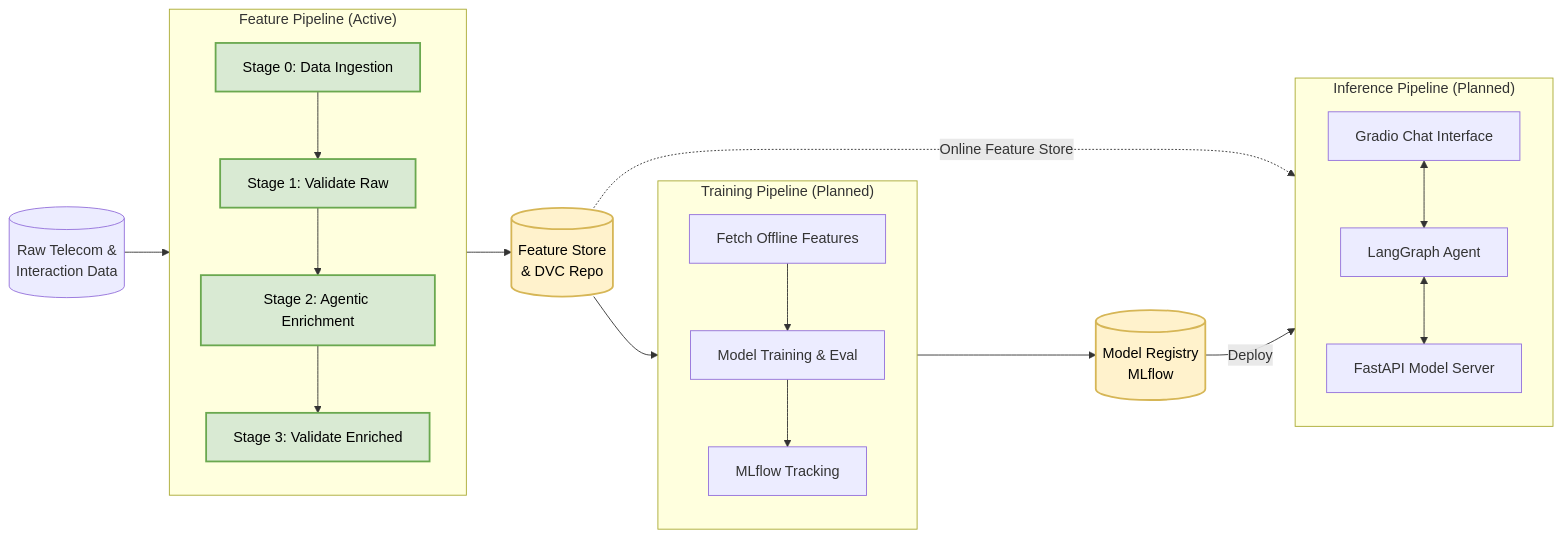
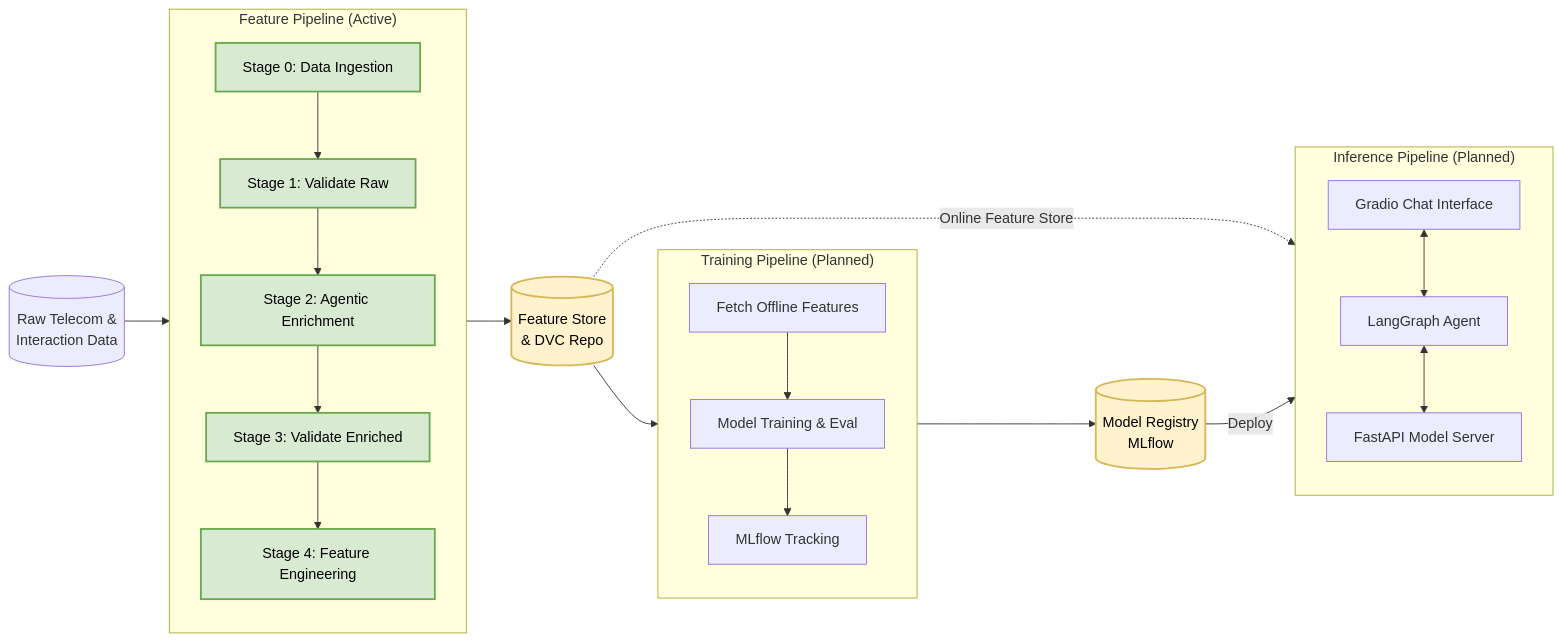
One commit to SebastianGarrido2790/ai-ml-telecom-customer-churn changed the second of 2 diagrams in reports/docs/architecture/architecture.md. Above: the diagram before and after it, drawn with Mermaid. The commit also changed other lines of this file and 28 other files, not shown here.

Commit message:
Phase 4: Complete Feature Engineering stage. Implement NLP transformers (TextEmbedder), PCA reduction, and ColumnTransformer. Add comprehensive documentation and unit tests for transformation logic.

````diff
--- a/reports/docs/architecture/architecture.md
+++ b/reports/docs/architecture/architecture.md
@@ -85,44 +86,45 @@
 ```mermaid
 flowchart LR
     classDef pipeline fill:#e8ebf7,stroke:#6673af,stroke-width:2px,color:#000;
     classDef registry fill:#fff2cc,stroke:#d6b656,stroke-width:2px,color:#000;
     classDef active fill:#d9ead3,stroke:#6aa84f,stroke-width:2px,color:#000;
 
     RawData[(Raw Telecom &\nInteraction Data)]
 
     subgraph FP ["Feature Pipeline (Active)"]
         direction TB
         S0[Stage 0: Data Ingestion]:::active
         S1[Stage 1: Validate Raw]:::active
         S2[Stage 2: Agentic Enrichment]:::active
         S3[Stage 3: Validate Enriched]:::active
-        S0 --> S1 --> S2 --> S3
+        S4[Stage 4: Feature Engineering]:::active
+        S0 --> S1 --> S2 --> S3 --> S4
     end
 
     FeatureStore[(Feature Store\n& DVC Repo)]:::registry
 
     subgraph TP ["Training Pipeline (Planned)"]
         direction TB
         FetchFeatures[Fetch Offline Features]
         Train[Model Training & Eval]
         MLflowTracker[MLflow Tracking]
         FetchFeatures --> Train --> MLflowTracker
     end
 
     ModelRegistry[(Model Registry\nMLflow)]:::registry
 
     subgraph IP ["Inference Pipeline (Planned)"]
         direction TB
         Agent[LangGraph Agent]
         API[FastAPI Model Server]
         UX[Gradio Chat Interface]
         UX <--> Agent <--> API
     end
 
     RawData --> FP
     FP --> FeatureStore
     FeatureStore --> TP
     FeatureStore -.->|Online Feature Store| API
     TP --> ModelRegistry
     ModelRegistry -->|Deploy| API
 ```
````
